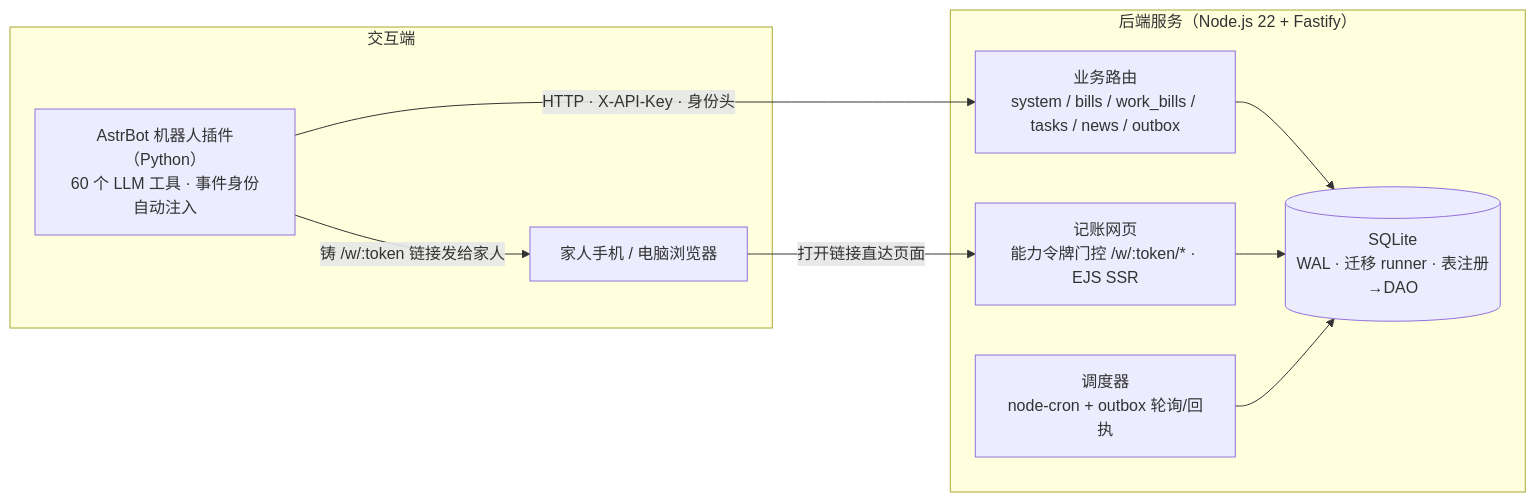
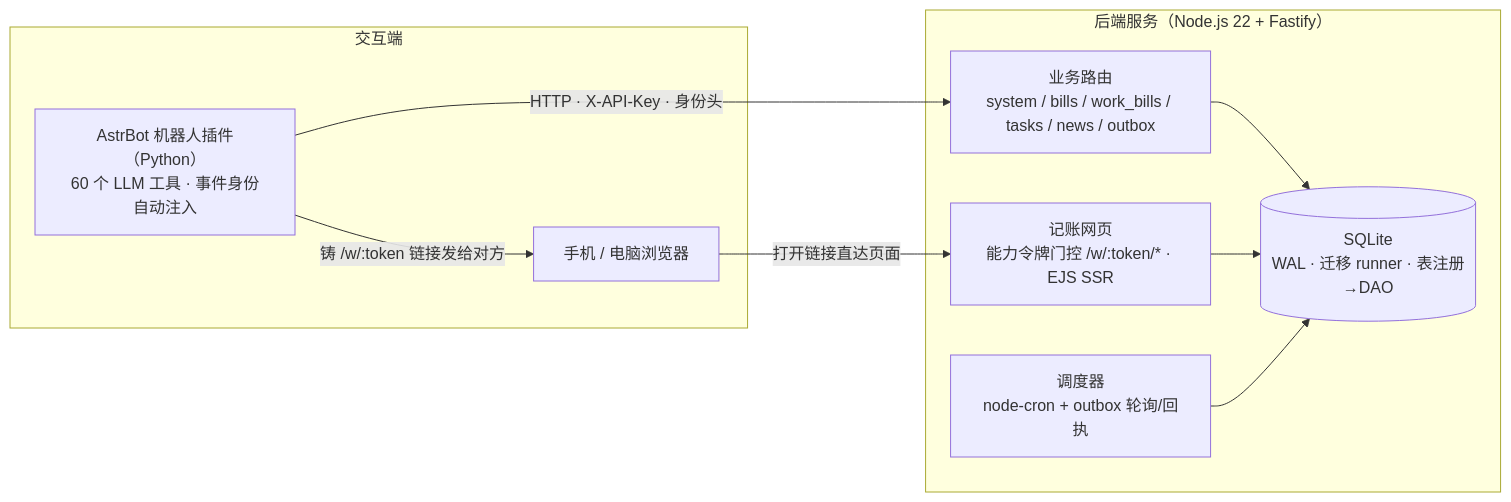
Before and after one commit to sonyua505-coder/family-assistant: the diagram in README.md, drawn with Mermaid. The commit also changed other lines of this file and 5 other files, not shown here.

````diff
--- a/README.md
+++ b/README.md
@@ -35,20 +33,20 @@
 ```mermaid
 flowchart LR
     subgraph 端["交互端"]
         BOT["AstrBot 机器人插件（Python）<br/>60 个 LLM 工具 · 事件身份自动注入"]
-        FAM["家人手机 / 电脑浏览器"]
+        FAM["手机 / 电脑浏览器"]
     end
     subgraph 服务["后端服务（Node.js 22 + Fastify）"]
         API["业务路由<br/>system / bills / work_bills / tasks / news / outbox"]
         WEB["记账网页<br/>能力令牌门控 /w/:token/* · EJS SSR"]
         SCH["调度器<br/>node-cron + outbox 轮询/回执"]
         DB[("SQLite<br/>WAL · 迁移 runner · 表注册→DAO")]
         API --> DB
         WEB --> DB
         SCH --> DB
     end
 
     BOT -- "HTTP · X-API-Key · 身份头" --> API
-    BOT -- "铸 /w/:token 链接发给家人" --> FAM
+    BOT -- "铸 /w/:token 链接发给对方" --> FAM
     FAM -- "打开链接直达页面" --> WEB
 ```
````
